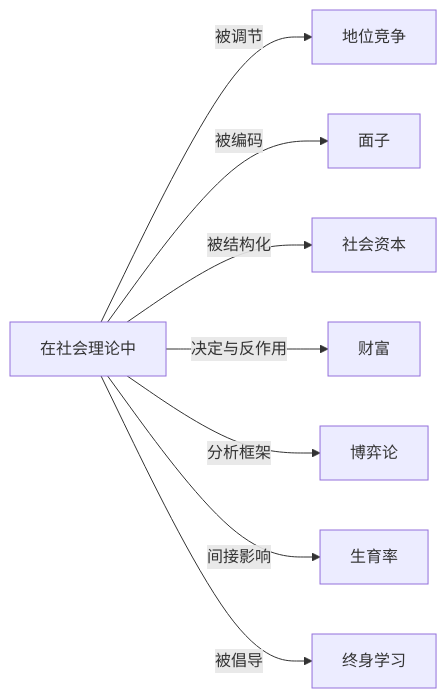
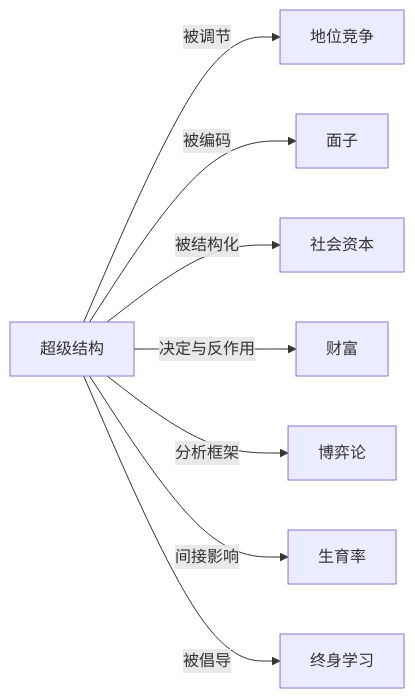
The diagram in Knowledge/Concepts/社会学/超级结构.md (KIMMCHOW/MyKnowledge), drawn with Mermaid before and after one commit. The commit also changed 96 other files, not shown here.

Commit message:
fix: 修复概念页关系图节点并补齐缺失关联

````diff
--- a/Knowledge/Concepts/社会学/超级结构.md
+++ b/Knowledge/Concepts/社会学/超级结构.md
@@ -47,10 +47,10 @@
 ```mermaid
 graph LR
-    在社会理论中 -->|被调节| 地位竞争
-    在社会理论中 -->|被编码| 面子
-    在社会理论中 -->|被结构化| 社会资本
-    在社会理论中 -->|决定与反作用| 财富
-    在社会理论中 -->|分析框架| 博弈论
-    在社会理论中 -->|间接影响| 生育率
-    在社会理论中 -->|被倡导| 终身学习
+超级结构 -->|被调节| 地位竞争
+超级结构 -->|被编码| 面子
+超级结构 -->|被结构化| 社会资本
+超级结构 -->|决定与反作用| 财富
+超级结构 -->|分析框架| 博弈论
+超级结构 -->|间接影响| 生育率
+超级结构 -->|被倡导| 终身学习
 ```
````
